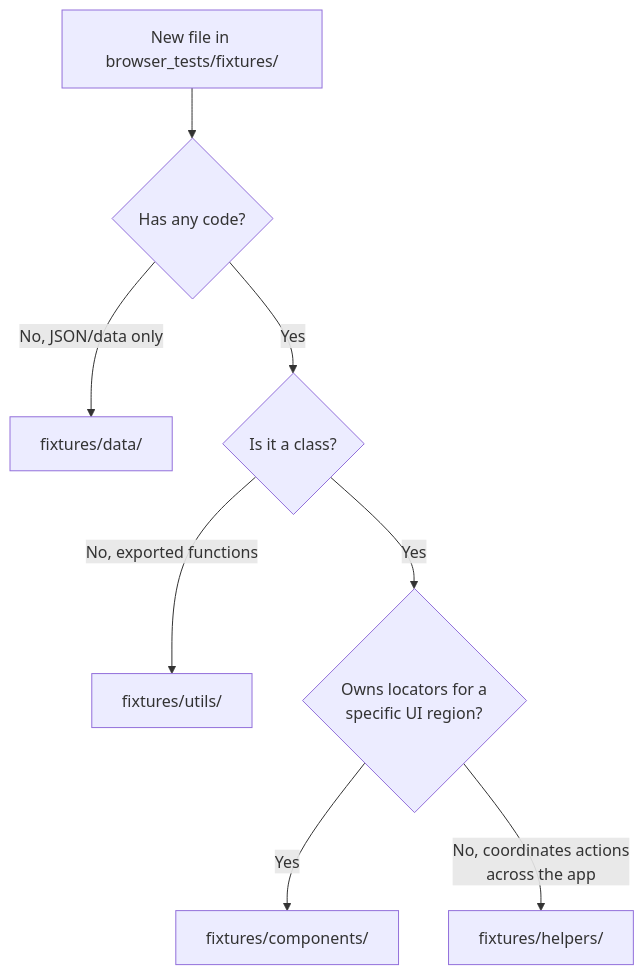
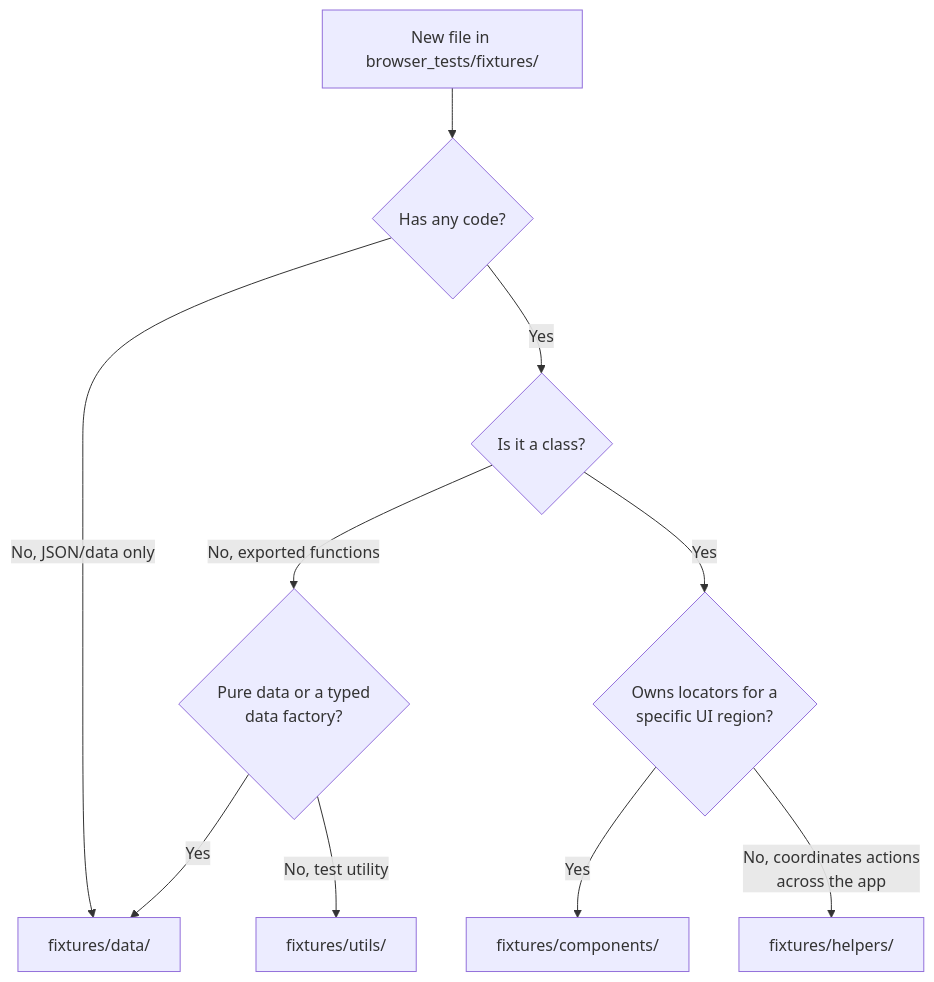
One commit to Comfy-Org/ComfyUI_frontend changed the diagram in browser_tests/README.md. Above: the diagram before and after it, drawn with Mermaid. The commit also changed other lines of this file, not shown here.

First line of the commit message:
docs: resolve internal consistency in canonical browser-test guide

````diff
--- a/browser_tests/README.md
+++ b/browser_tests/README.md
@@ -143,10 +145,12 @@
 ```mermaid
 flowchart TD
     A[New file in browser_tests/fixtures/] --> B{Has any code?}
     B -- No, JSON/data only --> D[fixtures/data/]
     B -- Yes --> C{Is it a class?}
-    C -- No, exported functions --> U[fixtures/utils/]
+    C -- No, exported functions --> V{Pure data or a typed<br/>data factory?}
+    V -- Yes --> D
+    V -- No, test utility --> U[fixtures/utils/]
     C -- Yes --> E{Owns locators for a<br/>specific UI region?}
     E -- Yes --> P[fixtures/components/]
     E -- No, coordinates actions<br/>across the app --> H[fixtures/helpers/]
 ```
````
